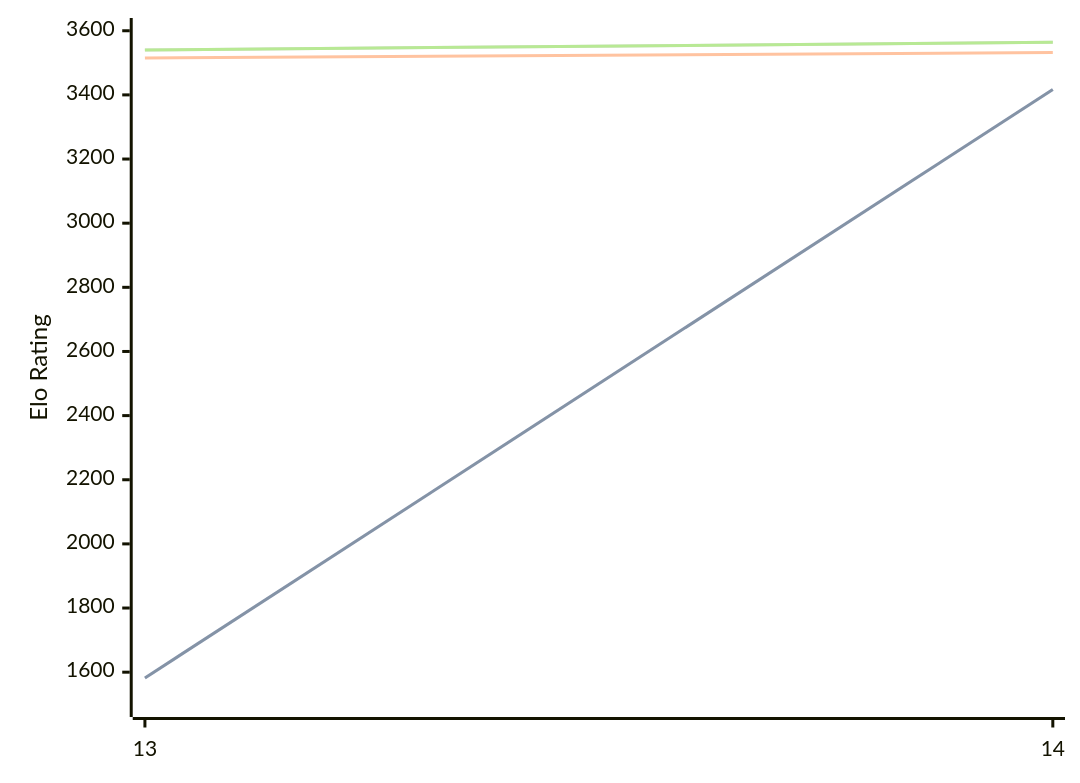
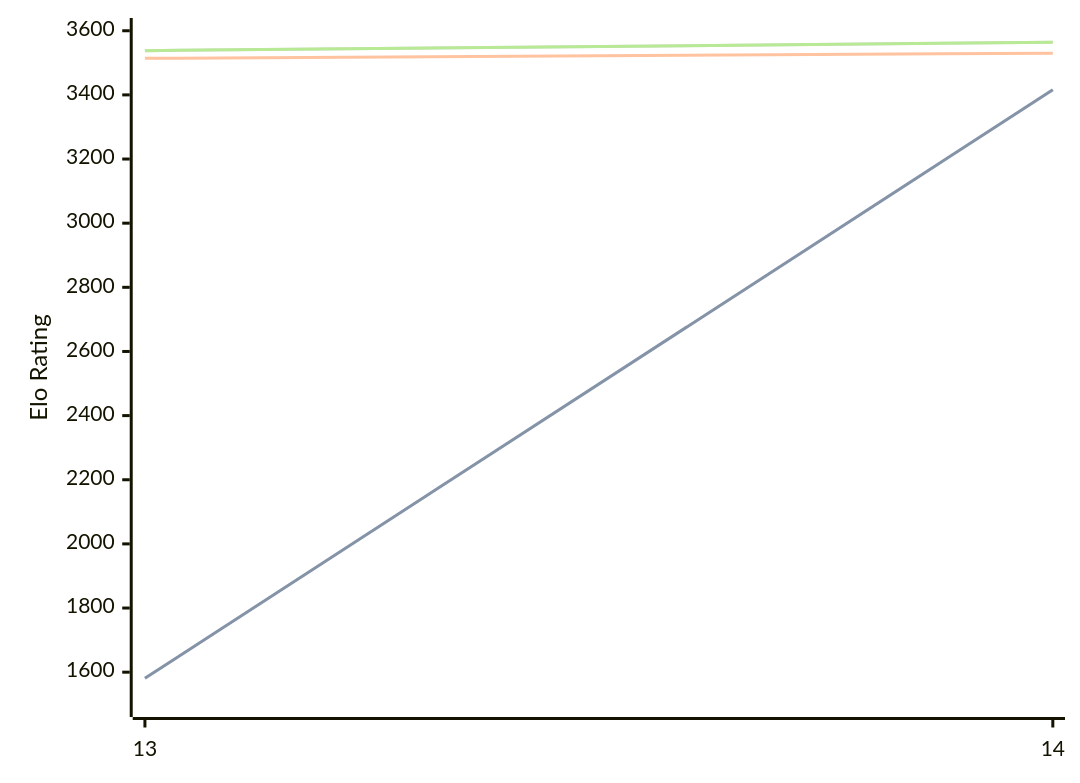
The diagram in engines/Berserk.md (computer-chess-index/cci), drawn with Mermaid before and after one commit. The commit also changed other lines of this file, not shown here.

Commit message:
Update CCI Ratings (ELO VLTC) - 2026-08-04

````diff
--- a/engines/Berserk.md
+++ b/engines/Berserk.md
@@ -63,11 +63,11 @@
 ```mermaid
 %%{init: {"theme":"base","themeVariables":{"seriesColors:['#a3a3a3','#222221','#faa371']}}}%%
 xychart-beta
   x-axis ["13", "14"]
   y-axis "Elo Rating" 1500 --> 3600
-  line "STC (8.0+0.08s)" [1582, 3417]
-  line "STC (8.0+0.08s)" [1582, 3417]
-  line "LTC (60.0+0.60s)" [3515, 3532]
-  line "VLTC (2m24s+1.12s)" [3540, 3564]
-  line "VLTC (2m24s+1.12s)" [3540, 3564]
+  line "STC (8.0+0.08s)" [1581, 3416]
+  line "STC (8.0+0.08s)" [1581, 3416]
+  line "LTC (60.0+0.60s)" [3514, 3530]
+  line "VLTC (2m24s+1.12s)" [3538, 3564]
+  line "VLTC (2m24s+1.12s)" [3538, 3564]
 ```
````
